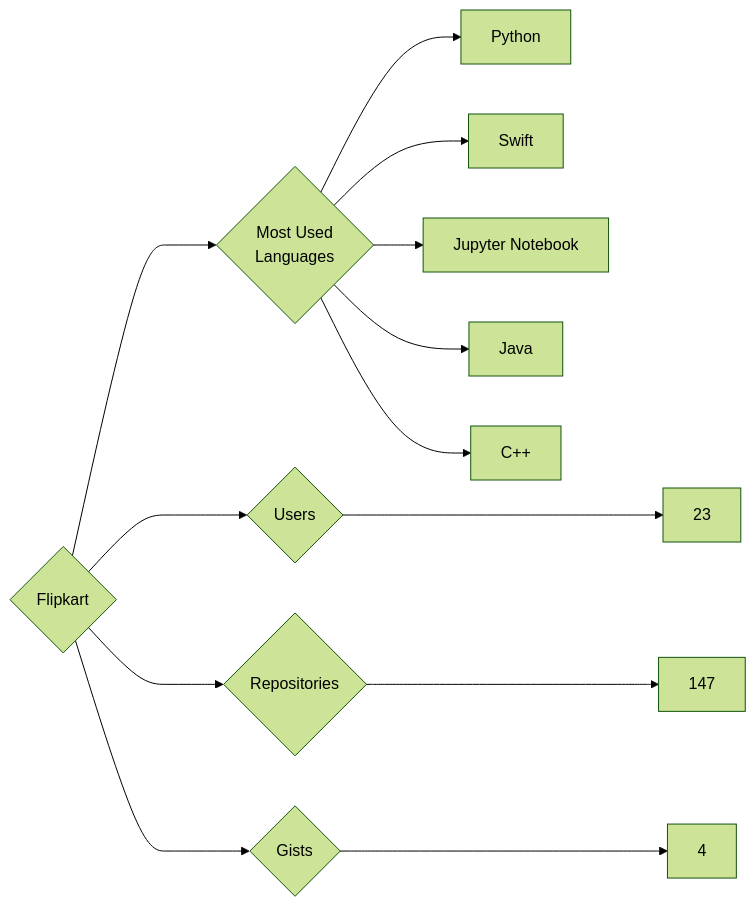
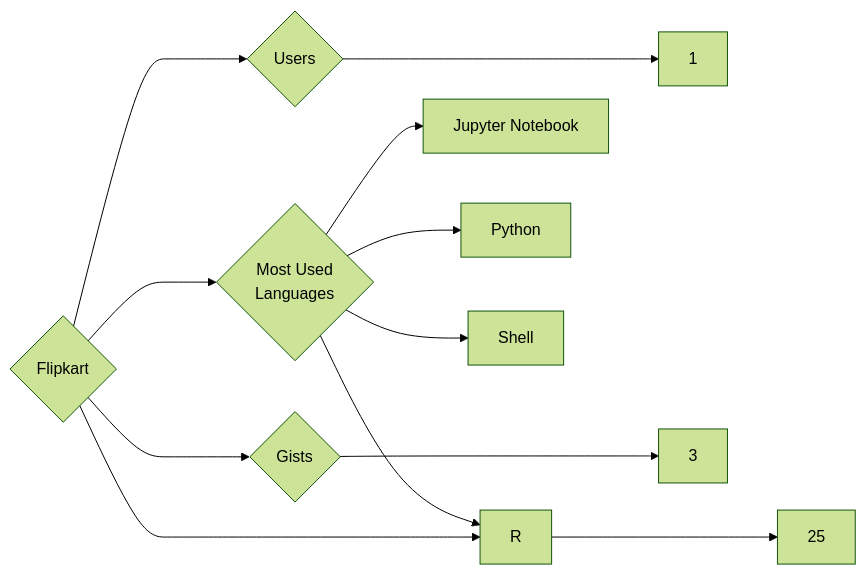
Before and after one commit to trickest/insiders: the diagram in targets/Flipkart/README.md, drawn with Mermaid (forest theme). The commit also changed 895 other files, not shown here.

````diff
--- a/targets/Flipkart/README.md
+++ b/targets/Flipkart/README.md
@@ -3,13 +3,12 @@
 ```mermaid
 graph LR
 COMPANY_NAME{Flipkart}
-COMPANY_NAME ---> U{Users} ---> UN[23]
-COMPANY_NAME ---> R{Repositories} ---> RN[147]
-COMPANY_NAME ---> G{Gists} ---> GN[4]
+COMPANY_NAME ---> U{Users} ---> UN[1]
+COMPANY_NAME ---> R{Repositories} ---> RN[25]
+COMPANY_NAME ---> G{Gists} ---> GN[3]
 COMPANY_NAME ---> ML{Most Used<br>Languages}
+ML --> Jupyter_Notebook[Jupyter Notebook]
 ML --> Python[Python]
-ML --> Swift[Swift]
-ML --> Jupyter_Notebook[Jupyter Notebook]
-ML --> Java[Java]
-ML --> C++[C++]
+ML --> Shell[Shell]
+ML --> R[R]
 ```
````
